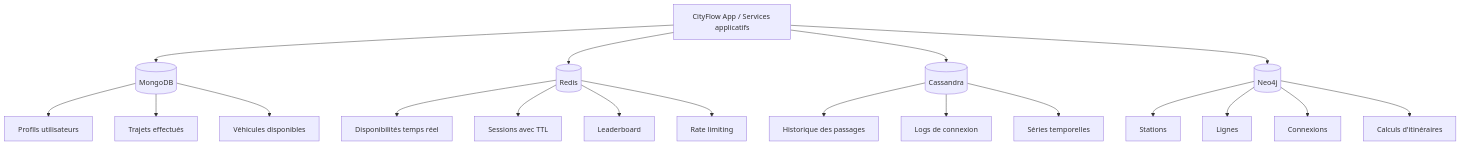
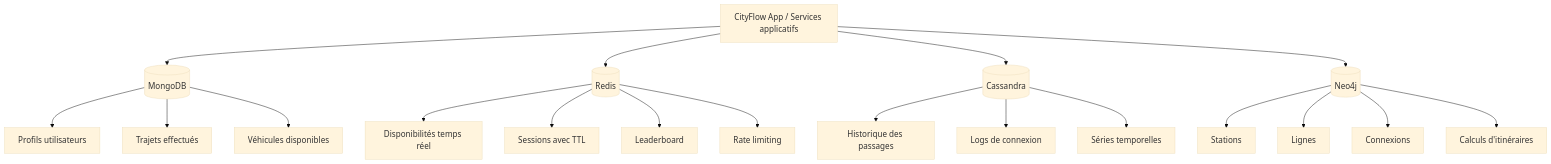
One commit to imanhamdy/cityflow-nosql changed the diagram in docs/architecture.md. Above: the diagram before and after it, drawn with Mermaid.

Commit message:
docs: increase Mermaid diagram font size

````diff
--- a/docs/architecture.md
+++ b/docs/architecture.md
@@ -43,25 +43,26 @@
 ```mermaid
+%%{init: {'theme': 'base', 'themeVariables': {'fontSize': '18px', 'nodeSpacing': 60, 'rankSpacing': 80}}}%%
 graph TD
     App[CityFlow App / Services applicatifs] --> MongoDB[(MongoDB)]
     App --> Redis[(Redis)]
     App --> Cassandra[(Cassandra)]
     App --> Neo4j[(Neo4j)]
 
     MongoDB --> M1[Profils utilisateurs]
     MongoDB --> M2[Trajets effectués]
     MongoDB --> M3[Véhicules disponibles]
 
     Redis --> R1[Disponibilités temps réel]
     Redis --> R2[Sessions avec TTL]
     Redis --> R3[Leaderboard]
     Redis --> R4[Rate limiting]
 
     Cassandra --> C1[Historique des passages]
     Cassandra --> C2[Logs de connexion]
     Cassandra --> C3[Séries temporelles]
 
     Neo4j --> N1[Stations]
     Neo4j --> N2[Lignes]
     Neo4j --> N3[Connexions]
     Neo4j --> N4[Calculs d'itinéraires]
 ```
````
